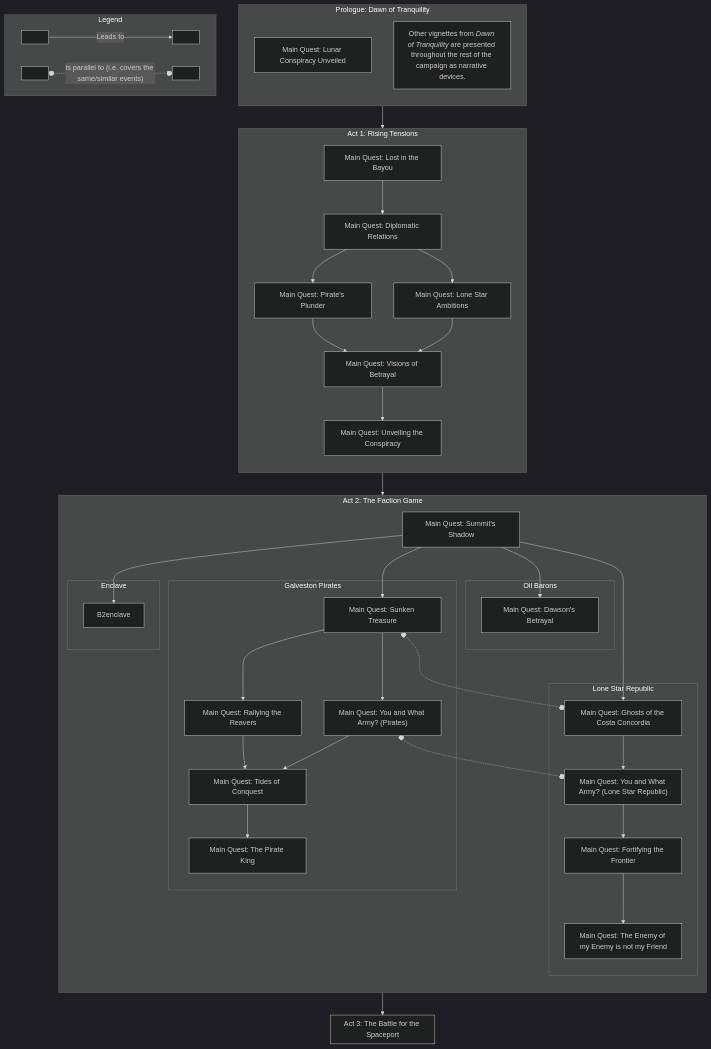
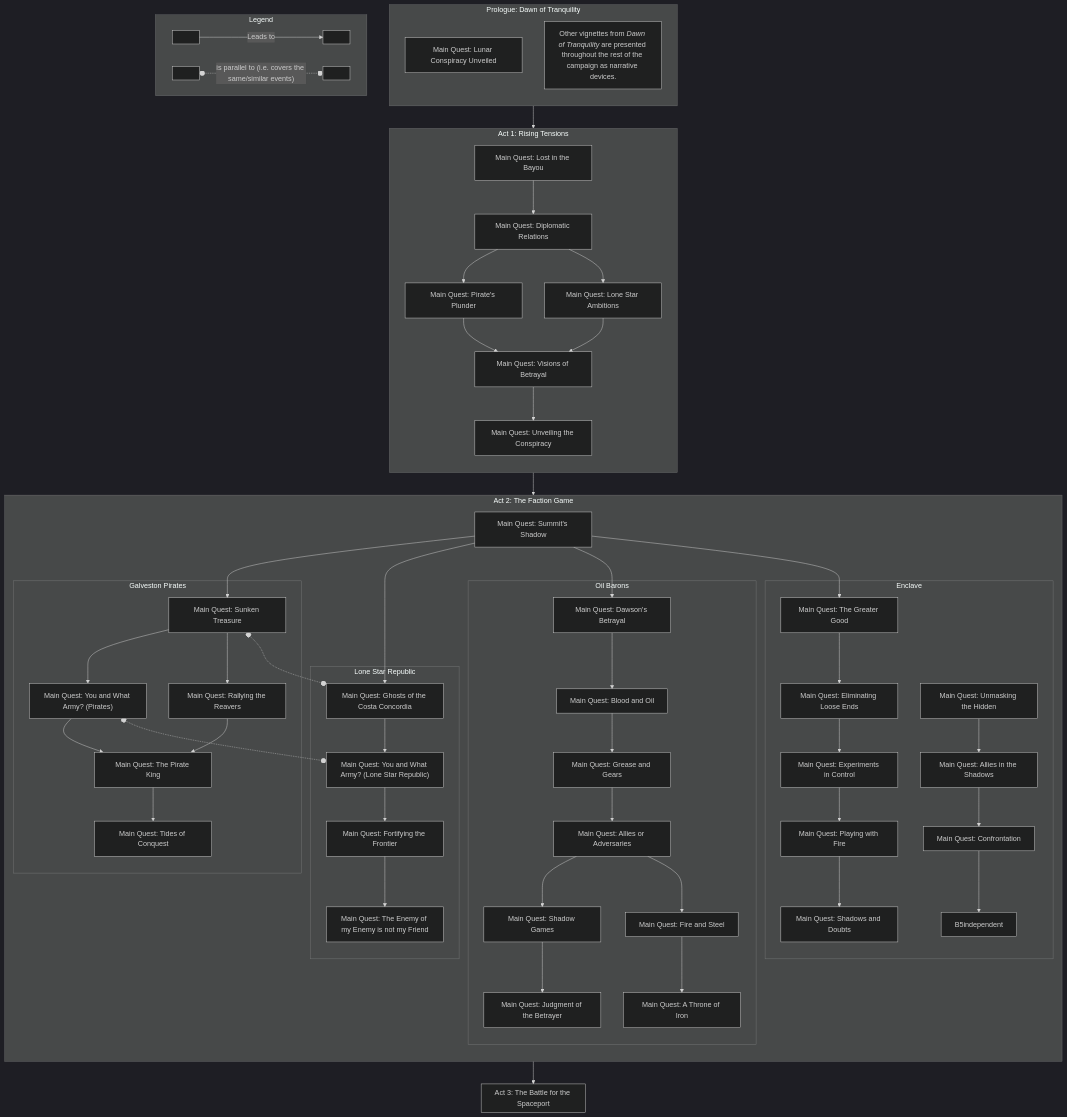
The diagram in docs/Story/outline.md (qthequartermasterman/fallout-houston-campaign), drawn with Mermaid (dark theme) before and after one commit.

Commit message:
feat: update act 2 descriptions

```diff
--- a/docs/Story/outline.md
+++ b/docs/Story/outline.md
@@ -31,14 +31,25 @@
             B2pirate[Main Quest: Sunken Treasure]
             B3pirate["Main Quest: You and What Army? (Pirates)"]
             B4pirate[Main Quest: Rallying the Reavers]
-            B5pirate[Main Quest: Tides of Conquest]
-            B6pirate[Main Quest: The Pirate King] 
+            B5pirate[Main Quest: The Pirate King] 
+            B6pirate[Main Quest: Tides of Conquest]
             
             B2pirate --> B3pirate --> B5pirate --> B6pirate;
             B2pirate--> B4pirate --> B5pirate;
         end
         subgraph oilbaron["Oil Barons"]
             B2oilbaron[Main Quest: Dawson's Betrayal]
+            B3oilbaron[Main Quest: Blood and Oil]
+            B4oilbaron[Main Quest: Grease and Gears]
+            B5oilbaron[Main Quest: Allies or Adversaries]
+            B6Aoilbaron[Main Quest: Shadow Games]
+            B6Boilbaron[Main Quest: Fire and Steel]
+            B7Aoilbaron[Main Quest: Judgment of the Betrayer]
+            B7Boilbaron[Main Quest: A Throne of Iron]
+            
+            B2oilbaron --> B3oilbaron --> B4oilbaron --> B5oilbaron;
+            B5oilbaron --> B6Aoilbaron --> B7Aoilbaron;
+            B5oilbaron --> B6Boilbaron --> B7Boilbaron;
             
         end
         subgraph lsr["Lone Star Republic"]
@@ -50,7 +61,21 @@
             B2lsr --> B3lsr --> B4lsr --> B5lsr;
         end
         subgraph enclave["Enclave"]
-            B2enclave
+            B2enclave[Main Quest: The Greater Good]
+            B3enclave[Main Quest: Eliminating Loose Ends]
+            B4enclave[Main Quest: Experiments in Control]
+            B5enclave[Main Quest: Playing with Fire]
+            B6enclave[Main Quest: Shadows and Doubts]
+            
+            B2enclave --> B3enclave --> B4enclave --> B5enclave --> B6enclave;
+        end
+        subgraph enclave["Independent"]
+            B2independent[Main Quest: Unmasking the Hidden]
+            B3independent[Main Quest: Allies in the Shadows]
+            B4independent[Main Quest: Sabotaging the Scheme]
+            B4independent[Main Quest: Confrontation]
+            
+            B2independent --> B3independent --> B4independent --> B5independent;
         end
         
         B1 --> B2pirate;
```
